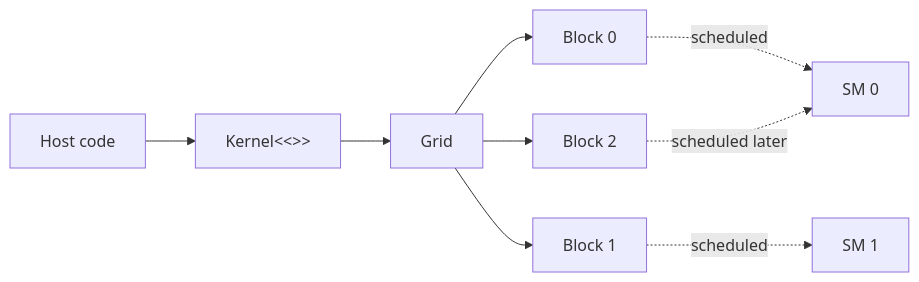
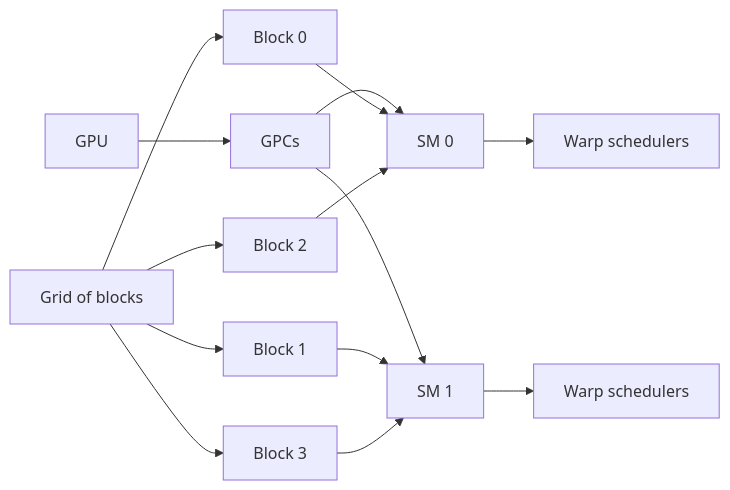
The second of 7 diagrams in nvidia/02_gpu_execution_model.md (nawab-ali/mlsys-prep), drawn with Mermaid before and after one commit. The commit also changed other lines of this file, not shown here.

Commit message:
Update NVIDIA GPU execution model module

````diff
--- a/nvidia/02_gpu_execution_model.md
+++ b/nvidia/02_gpu_execution_model.md
@@ -167,20 +169,19 @@
 ```mermaid
 flowchart LR
-  Host[Host code]
-  Launch[Kernel<<<grid, block>>>]
-  Grid[Grid]
-  B0[Block 0]
-  B1[Block 1]
-  B2[Block 2]
-  SM0[SM 0]
-  SM1[SM 1]
+    Grid[Grid of blocks] --> B0[Block 0]
+    Grid --> B1[Block 1]
+    Grid --> B2[Block 2]
+    Grid --> B3[Block 3]
 
-  Host --> Launch --> Grid
-  Grid --> B0
-  Grid --> B1
-  Grid --> B2
+    GPU[GPU] --> GPC[GPCs]
+    GPC --> SM0[SM 0]
+    GPC --> SM1[SM 1]
 
-  B0 -. scheduled .-> SM0
-  B1 -. scheduled .-> SM1
-  B2 -. scheduled later .-> SM0
+    B0 --> SM0
+    B1 --> SM1
+    B2 --> SM0
+    B3 --> SM1
+
+    SM0 --> WS0[Warp schedulers]
+    SM1 --> WS1[Warp schedulers]
 ```
````
